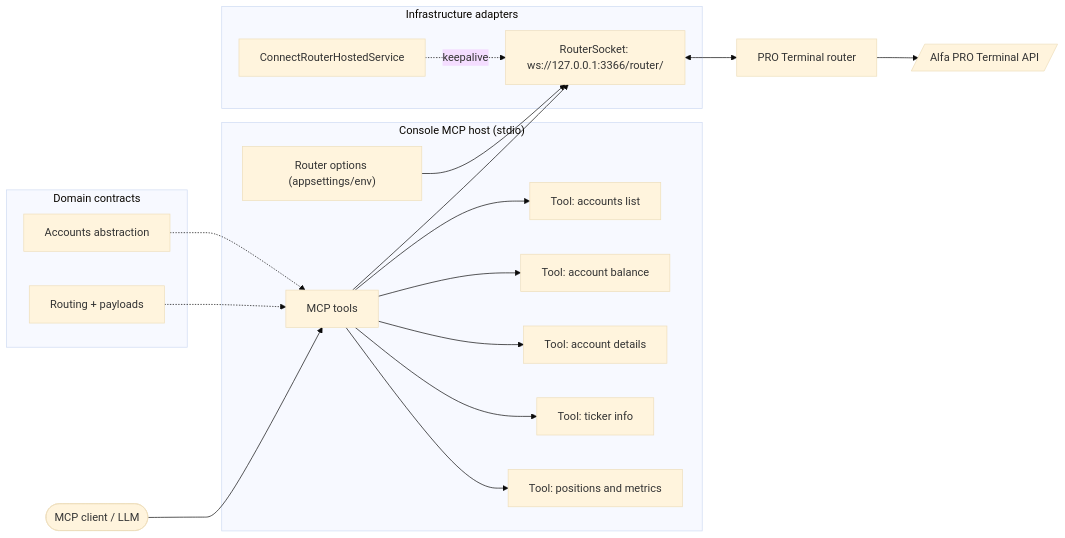
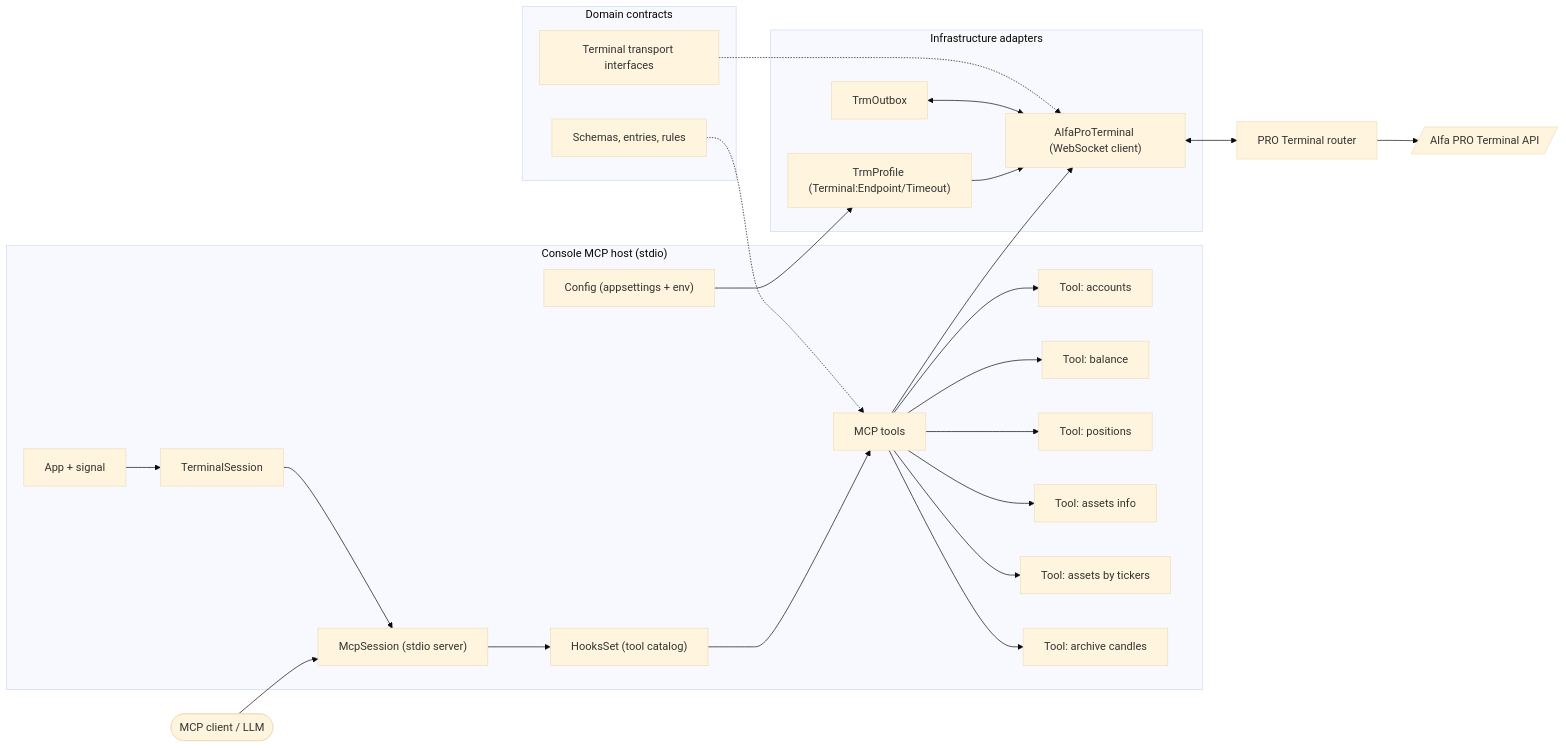
One commit to Fredoq/alfa-pro-terminal-mcp changed the diagram in docs/architecture/overview.md. Above: the diagram before and after it, drawn with Mermaid (base theme). The commit also changed 2 other files, not shown here.

````diff
--- a/docs/architecture/overview.md
+++ b/docs/architecture/overview.md
@@ -3,41 +3,53 @@
 ```mermaid
 flowchart LR
     client([MCP client / LLM])
 
     subgraph Host["Console MCP host (stdio)"]
+        app["App + signal"]
+        session["TerminalSession"]
+        mcp["McpSession (stdio server)"]
+        catalog["HooksSet (tool catalog)"]
         tools["MCP tools"]
-        toolAccounts["Tool: accounts list"]
-        toolBalance["Tool: account balance"]
-        toolAccountInfo["Tool: account details"]
-        toolTicker["Tool: ticker info"]
-        toolPortfolio["Tool: positions and metrics"]
-        config["Router options (appsettings/env)"]
+        toolAccounts["Tool: accounts"]
+        toolBalance["Tool: balance"]
+        toolPositions["Tool: positions"]
+        toolAssets["Tool: assets info"]
+        toolTickers["Tool: assets by tickers"]
+        toolArchive["Tool: archive candles"]
+        config["Config (appsettings + env)"]
     end
 
     subgraph Infrastructure["Infrastructure adapters"]
-        socket["RouterSocket: ws://127.0.0.1:3366/router/"]
-        service["ConnectRouterHostedService"]
+        terminal["AlfaProTerminal (WebSocket client)"]
+        outbox["TrmOutbox"]
+        profile["TrmProfile (Terminal:Endpoint/Timeout)"]
     end
 
     subgraph Domain["Domain contracts"]
-        routing["Routing + payloads"]
-        accounts["Accounts abstraction"]
+        schemas["Schemas, entries, rules"]
+        transport["Terminal transport interfaces"]
     end
 
     router["PRO Terminal router"]
     api[/Alfa PRO Terminal API/]
 
-    client --> tools
+    client --> mcp
+    app --> session
+    session --> mcp
+    mcp --> catalog
+    catalog --> tools
     tools --> toolAccounts
     tools --> toolBalance
-    tools --> toolAccountInfo
-    tools --> toolTicker
-    tools --> toolPortfolio
-    tools --> socket
-    config --> socket
-    routing -.-> tools
-    accounts -.-> tools
-    service -. keepalive .-> socket
-    socket <--> router
+    tools --> toolPositions
+    tools --> toolAssets
+    tools --> toolTickers
+    tools --> toolArchive
+    tools --> terminal
+    config --> profile
+    profile --> terminal
+    outbox <--> terminal
+    schemas -.-> tools
+    transport -.-> terminal
+    terminal <--> router
     router --> api
 ```
````
